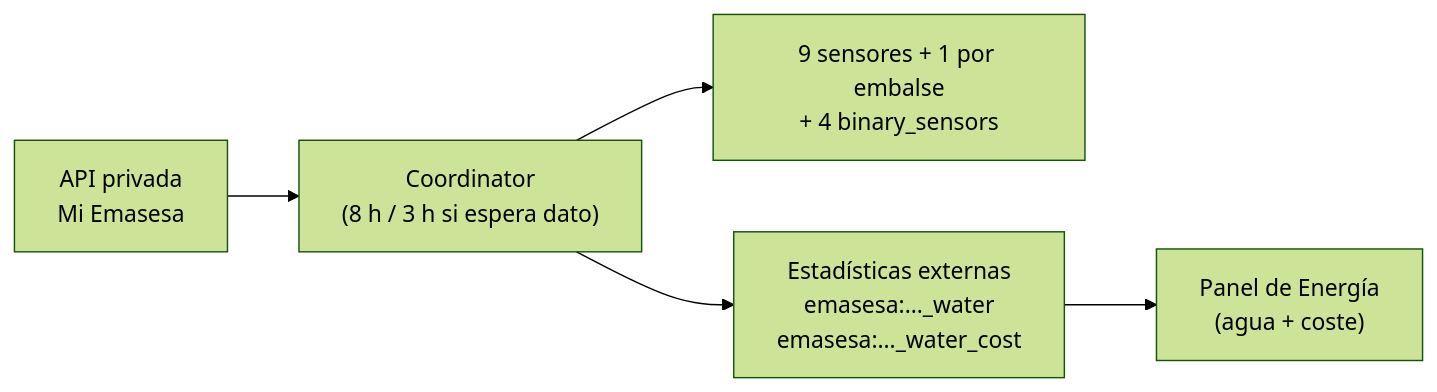
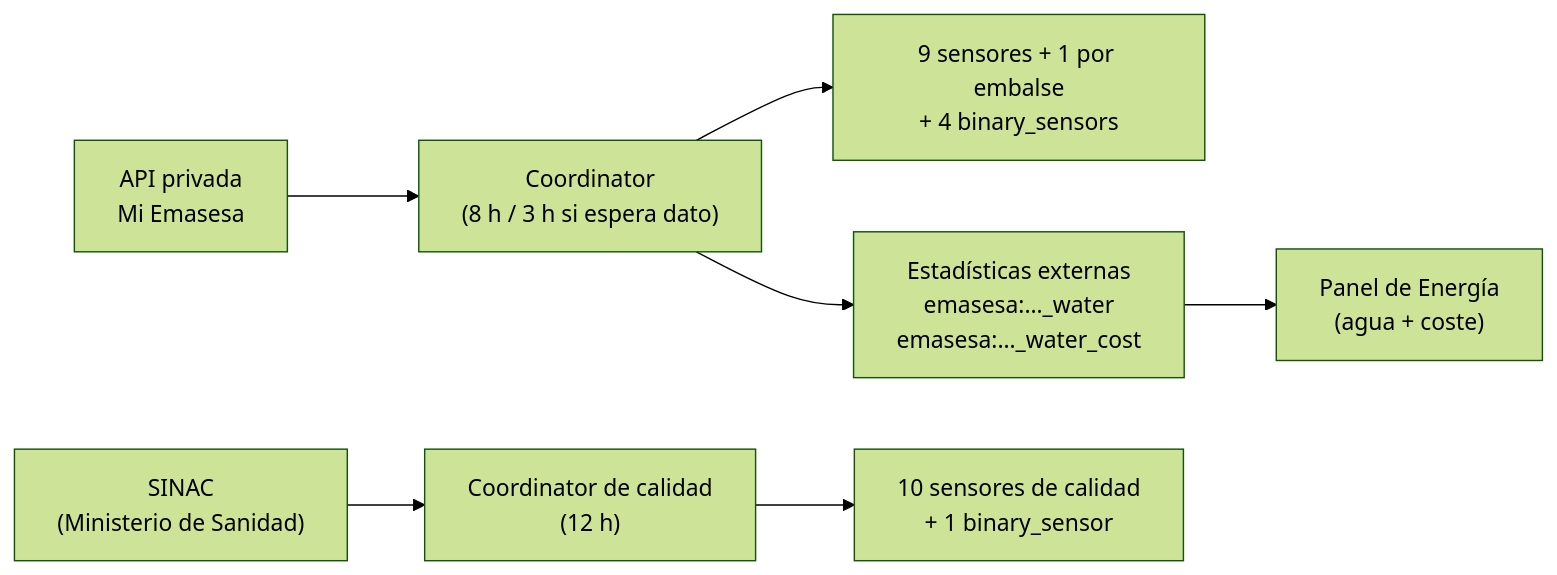
One commit to badbugssoftware/ha-emasesa changed the diagram in README.md. Above: the diagram before and after it, drawn with Mermaid (forest theme). The commit also changed other lines of this file and 19 other files, not shown here.

First line of the commit message:
feat: calidad del agua del grifo desde SINAC, por red de abastecimiento

````diff
--- a/README.md
+++ b/README.md
@@ -80,7 +83,9 @@
 ```mermaid
 flowchart LR
     A["API privada<br/>Mi Emasesa"] --> B["Coordinator<br/>(8 h / 3 h si espera dato)"]
     B --> C["9 sensores + 1 por embalse<br/>+ 4 binary_sensors"]
     B --> D["Estadísticas externas<br/>emasesa:…_water<br/>emasesa:…_water_cost"]
     D --> E["Panel de Energía<br/>(agua + coste)"]
+    F["SINAC<br/>(Ministerio de Sanidad)"] --> G["Coordinator de calidad<br/>(12 h)"]
+    G --> H["10 sensores de calidad<br/>+ 1 binary_sensor"]
 ```
````
